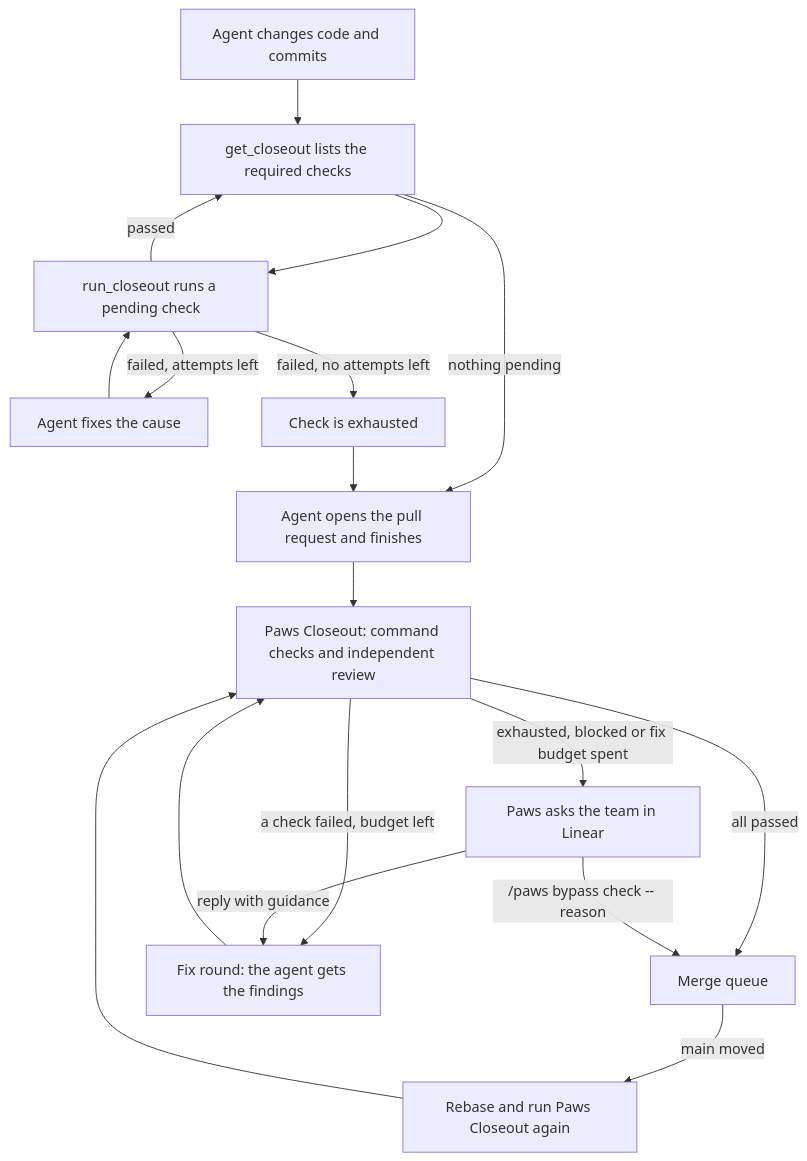
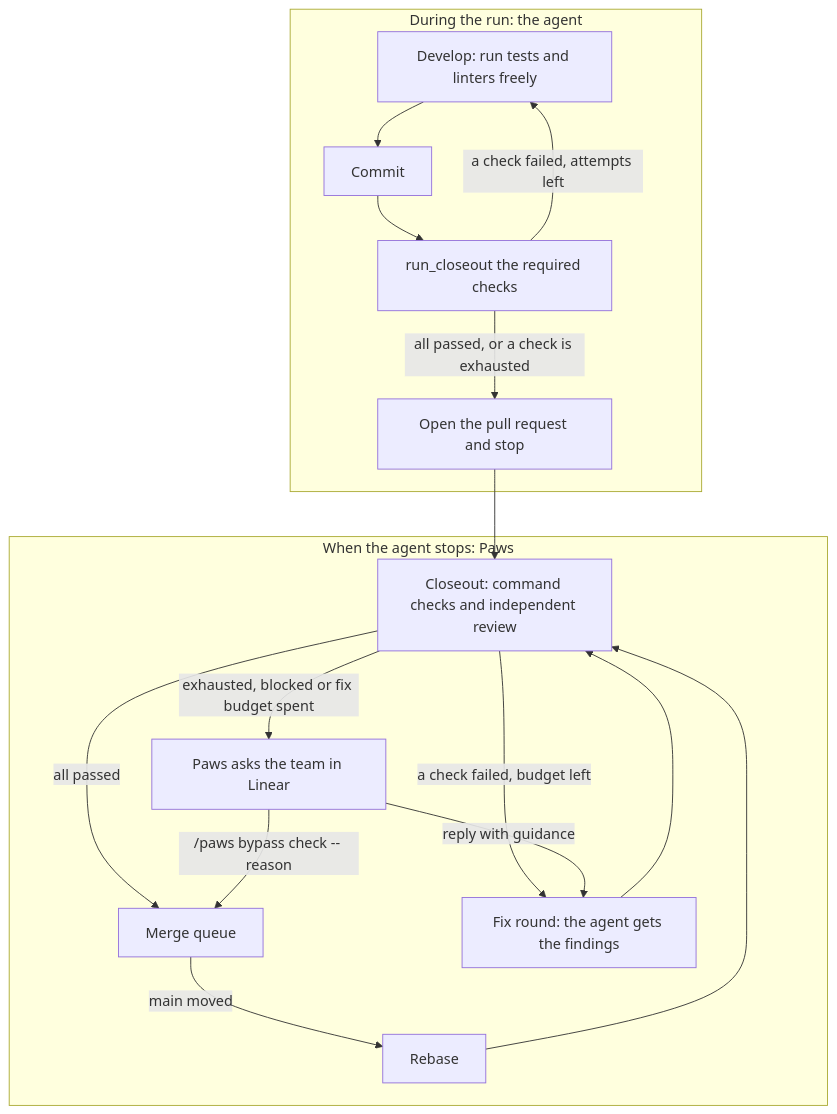
Before and after one commit to pmdroid/paws-app: the diagram in docs/closeout.md, drawn with Mermaid. The commit also changed other lines of this file and 1 other file, not shown here.

Commit message:
Describe the agent's checks and Closeout as one flow
The page presented two Closeout passes. It now says what the team
agreed: the agent checks its own work during the run, running tests and
linters freely while it develops and the required checks with
run_closeout before it finishes, and when it stops Paws runs Closeout,
the gate with the independent review, fix rounds and the questions to
the team. The diagram groups the steps by who runs them.

````diff
--- a/docs/closeout.md
+++ b/docs/closeout.md
@@ -10,20 +10,20 @@
 ```mermaid
 flowchart TD
-  A[Agent changes code and commits] --> B[get_closeout lists the required checks]
-  B --> C[run_closeout runs a pending check]
-  C -->|passed| B
-  C -->|failed, attempts left| D[Agent fixes the cause]
-  D --> C
-  C -->|failed, no attempts left| E[Check is exhausted]
-  B -->|nothing pending| F[Agent opens the pull request and finishes]
-  E --> F
-  F --> G[Paws Closeout: command checks and independent review]
-  G -->|all passed| H[Merge queue]
-  G -->|a check failed, budget left| I[Fix round: the agent gets the findings]
-  I --> G
-  G -->|exhausted, blocked or fix budget spent| J[Paws asks the team in Linear]
-  J -->|reply with guidance| I
-  J -->|/paws bypass check -- reason| H
-  H -->|main moved| K[Rebase and run Paws Closeout again]
-  K --> G
+  subgraph Agent["During the run: the agent"]
+    A[Develop: run tests and linters freely] --> B[Commit]
+    B --> C[run_closeout the required checks]
+    C -->|a check failed, attempts left| A
+    C -->|all passed, or a check is exhausted| D[Open the pull request and stop]
+  end
+  subgraph Paws["When the agent stops: Paws"]
+    D --> G[Closeout: command checks and independent review]
+    G -->|all passed| H[Merge queue]
+    G -->|a check failed, budget left| I[Fix round: the agent gets the findings]
+    I --> G
+    G -->|exhausted, blocked or fix budget spent| J[Paws asks the team in Linear]
+    J -->|reply with guidance| I
+    J -->|/paws bypass check -- reason| H
+    H -->|main moved| K[Rebase]
+    K --> G
+  end
 ```
````
